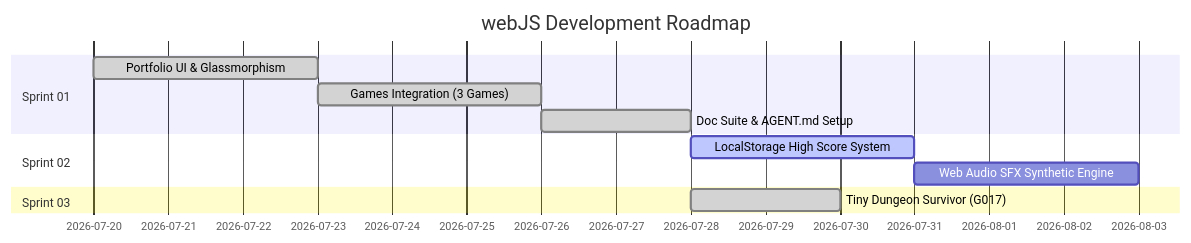
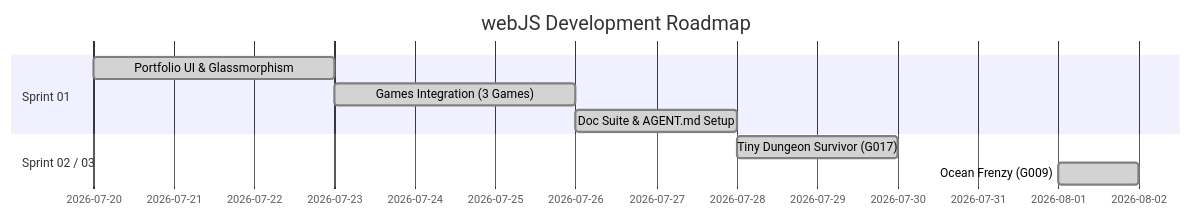
The diagram in docs/agile/02-sprint-planning.md (nopponaim603/webJS), drawn with Mermaid before and after one commit. The commit also changed other lines of this file and 8 other files, not shown here.

Commit message:
feat: initialize Ocean Frenzy game core with arcade-style movement, entity spawners, and project documentation

````diff
--- a/docs/agile/02-sprint-planning.md
+++ b/docs/agile/02-sprint-planning.md
@@ -19,14 +21,12 @@
 ```mermaid
 gantt
     title webJS Development Roadmap
     dateFormat  YYYY-MM-DD
     section Sprint 01
     Portfolio UI & Glassmorphism   :done, s1_1, 2026-07-20, 3d
     Games Integration (3 Games)     :done, s1_2, 2026-07-23, 3d
     Doc Suite & AGENT.md Setup      :done, s1_3, 2026-07-26, 2d
-    section Sprint 02
-    LocalStorage High Score System  :active, s2_1, 2026-07-28, 3d
-    Web Audio SFX Synthetic Engine  :s2_2, 2026-07-31, 3d
-    section Sprint 03
+    section Sprint 02 / 03
     Tiny Dungeon Survivor (G017)    :done, s3_1, 2026-07-28, 2d
+    Ocean Frenzy (G009)             :done, s9_1, 2026-08-01, 1d
 ```
````
